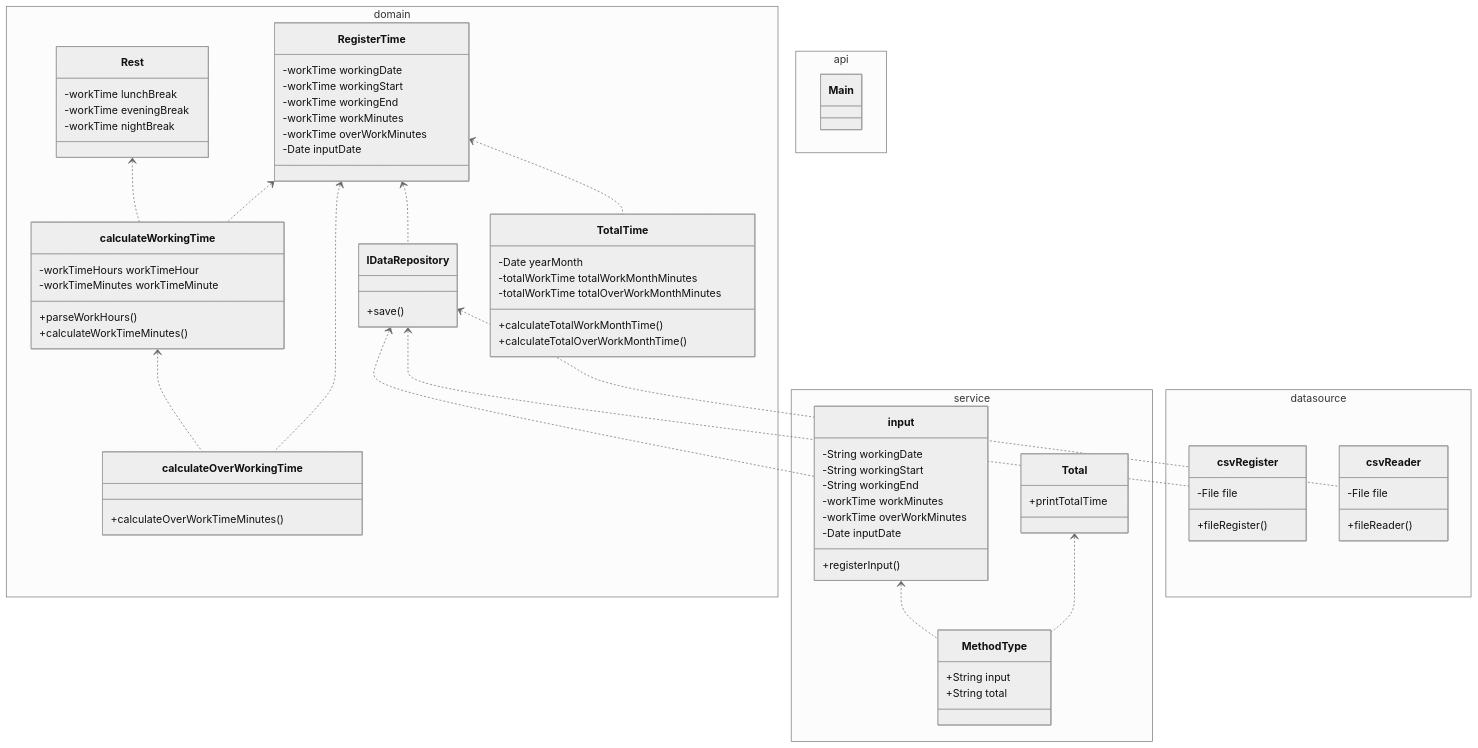
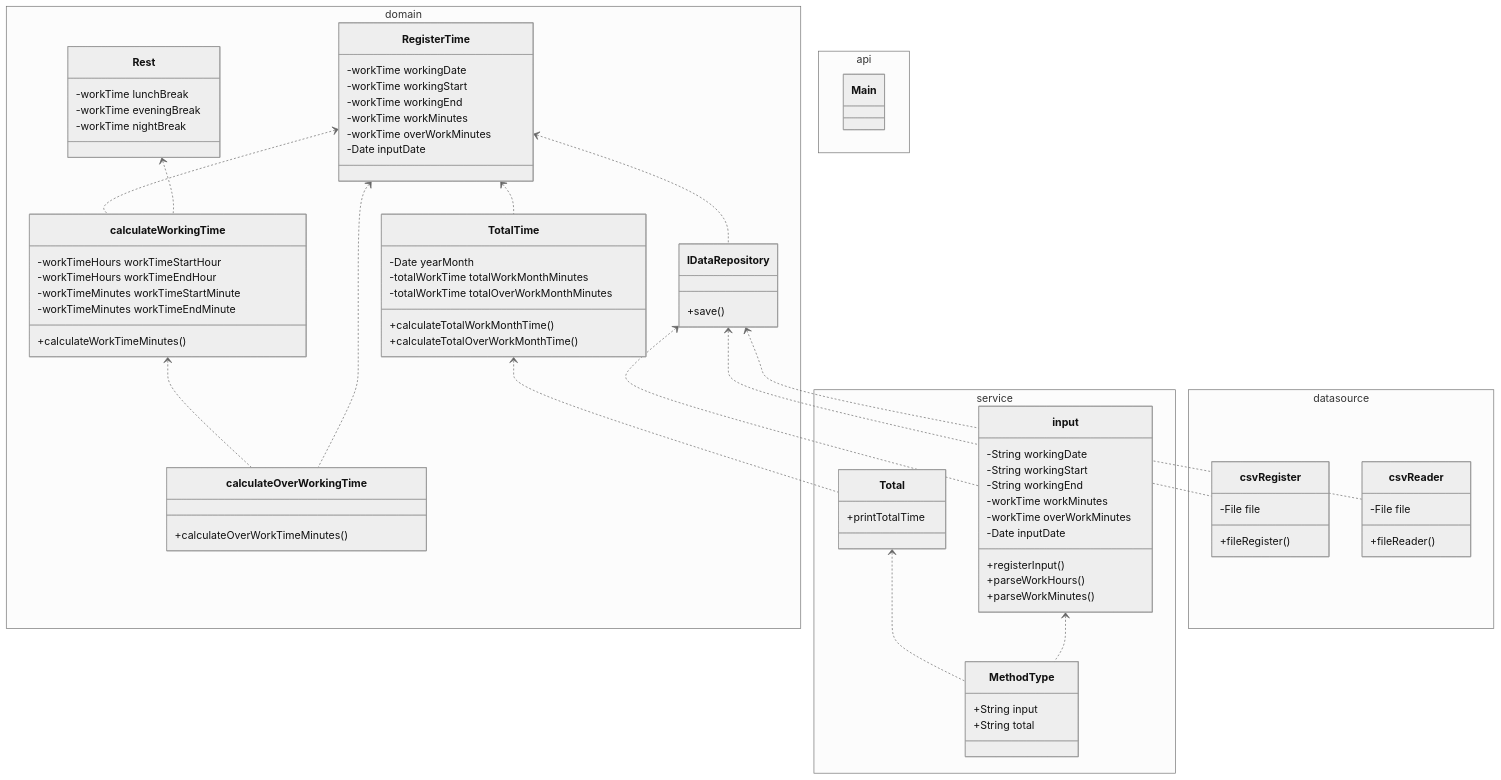
Before and after one commit to biglobe-isp/kintai: the diagram in model.md, drawn with Mermaid (neutral theme). The commit also changed 4 other files, not shown here.

````diff
--- a/model.md
+++ b/model.md
@@ -23,9 +23,10 @@
             +calculateTotalOverWorkMonthTime()
         }
         class calculateWorkingTime{
-            -workTimeHours workTimeHour
-            -workTimeMinutes workTimeMinute
-            +parseWorkHours()
+            -workTimeHours workTimeStartHour
+            -workTimeHours workTimeEndHour
+            -workTimeMinutes workTimeStartMinute
+            -workTimeMinutes workTimeEndMinute
             +calculateWorkTimeMinutes()
         }
         class calculateOverWorkingTime{
@@ -44,6 +45,8 @@
             -workTime overWorkMinutes
             -Date inputDate
             +registerInput()
+            +parseWorkHours()
+            +parseWorkMinutes()
         }
         class MethodType{
             +String input
@@ -74,6 +77,7 @@
         RegisterTime <.. calculateOverWorkingTime
         RegisterTime <.. IDataRepository
         RegisterTime <.. TotalTime
+        TotalTime <.. Total
         IDataRepository <.. input
         IDataRepository <.. csvRegister
         IDataRepository <.. csvReader
@@ -87,4 +91,11 @@
 %%変数の型で依存しているかを判断する
 %%インターフェース
 %%サービス層はシナリオ
+%%もしデータベースの実装を変更したい場合、
+%%サービスがデータソースに依存してしまう。
+%%ー＞インターフェースを経由
+%%重複している部分は何？
+%%それぞれが何をどう呼び出している？
+%%オブジェクト指向じゃない？
+%%変数だけのクラスは変では無い　責務が果たされているかどうか
 ```
````
